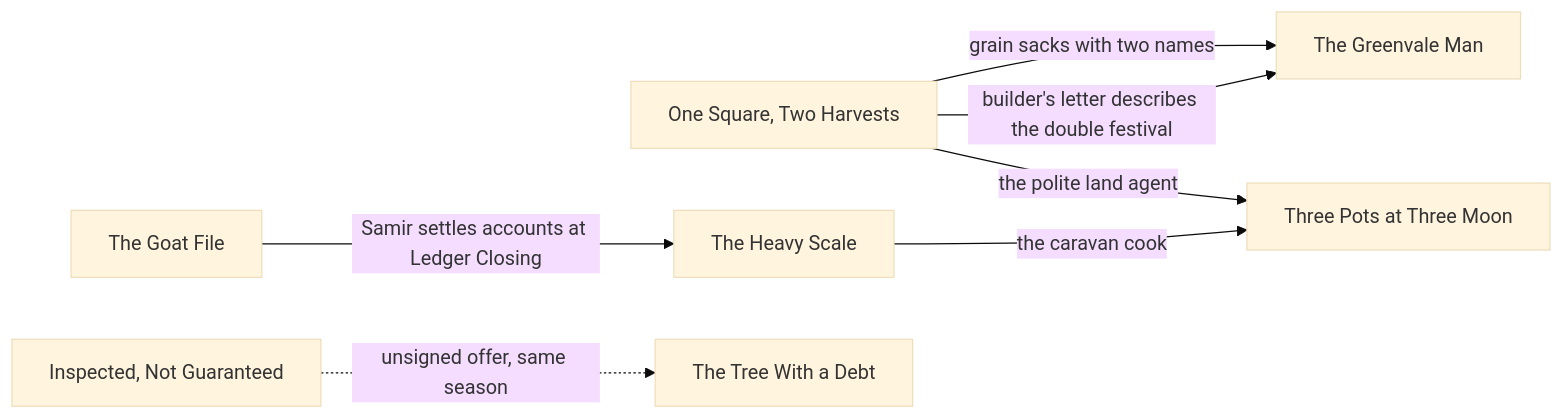
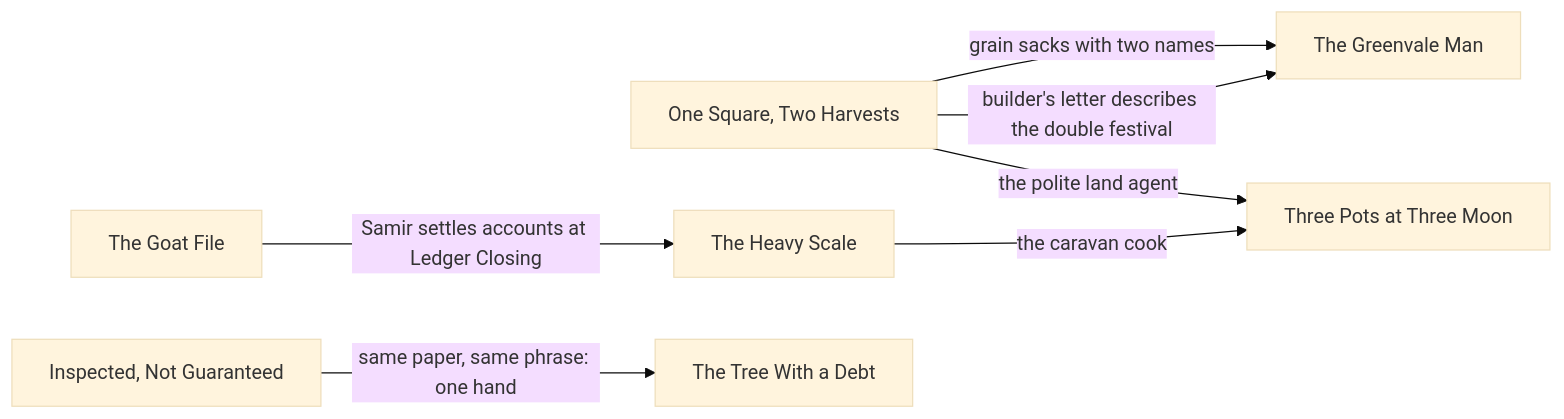
Before and after one commit to BigCatMellow/10Kings: the diagram in wiki/Sunday-Morning/Anthology.md, drawn with Mermaid (base theme). The commit also changed other lines of this file and 3 other files, not shown here.

````diff
--- a/wiki/Sunday-Morning/Anthology.md
+++ b/wiki/Sunday-Morning/Anthology.md
@@ -33,9 +33,9 @@
 ```mermaid
 flowchart LR
   OS[One Square, Two Harvests] -->|grain sacks with two names| GM[The Greenvale Man]
   OS -->|builder's letter describes the double festival| GM
   OS -->|the polite land agent| TP[Three Pots at Three Moon]
   GF[The Goat File] -->|Samir settles accounts at Ledger Closing| HS[The Heavy Scale]
   HS -->|the caravan cook| TP
-  IN[Inspected, Not Guaranteed] -.->|unsigned offer, same season| TD[The Tree With a Debt]
+  IN[Inspected, Not Guaranteed] -->|same paper, same phrase: one hand| TD[The Tree With a Debt]
 ```
````
